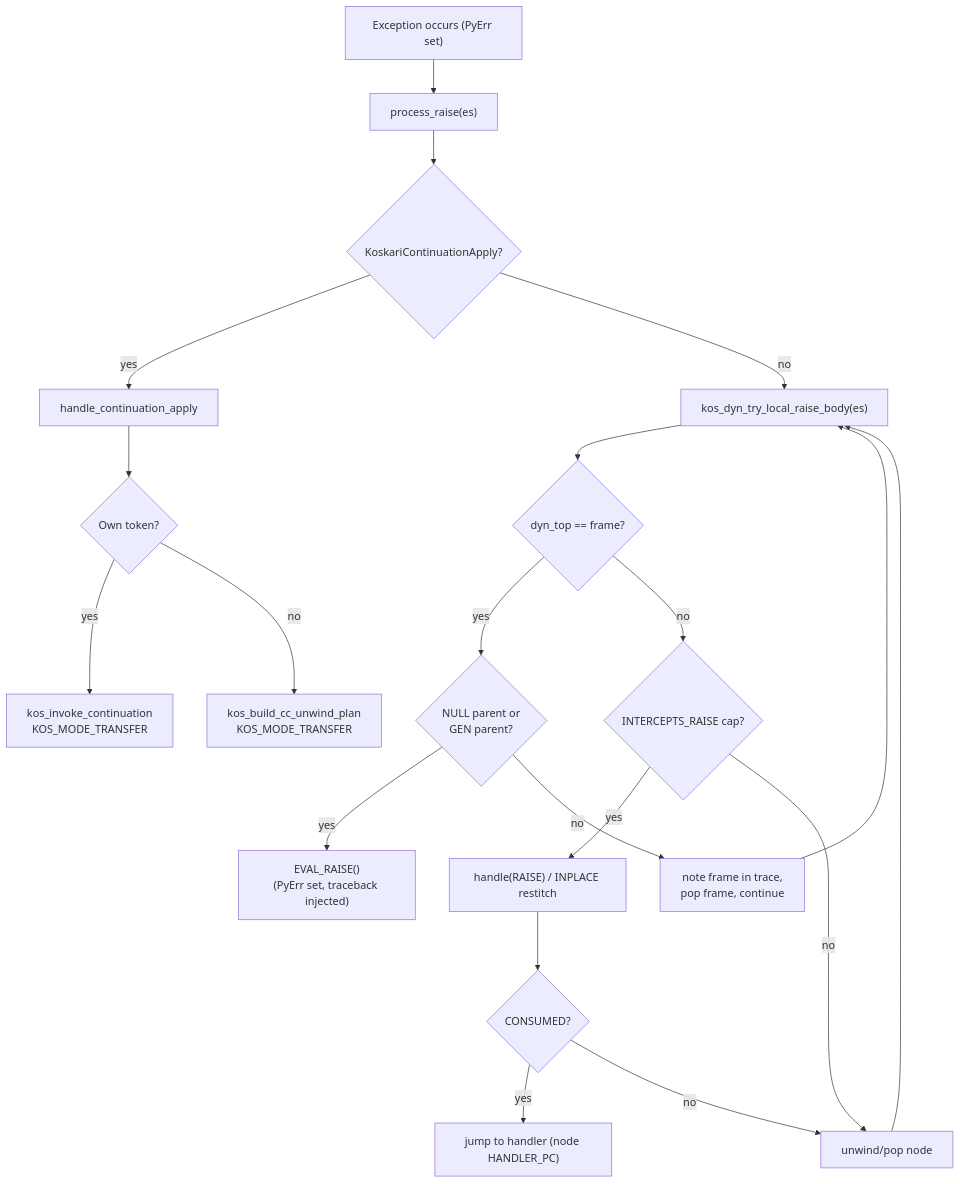
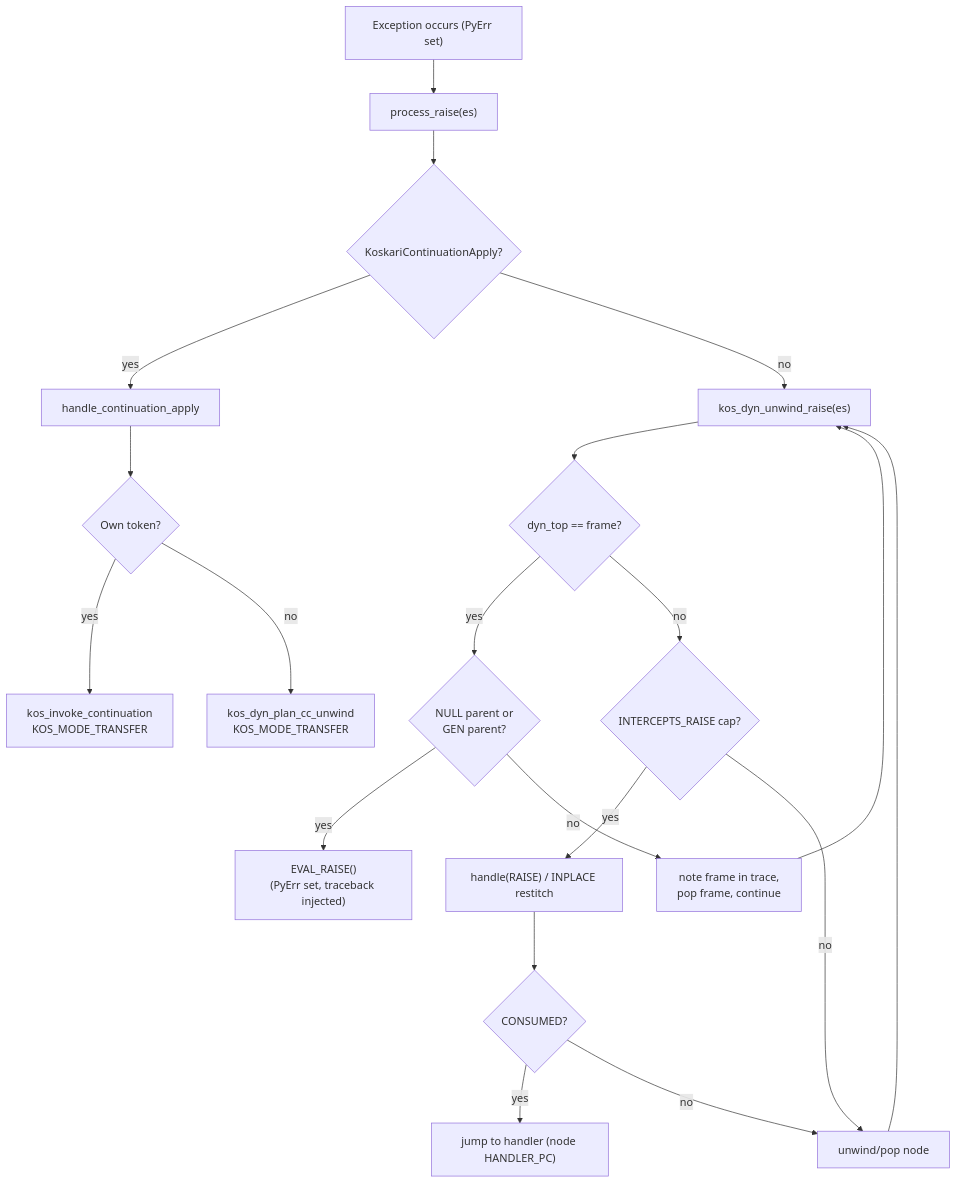
The ninth of 11 diagrams in design/EVALUATOR.md (koskari-lang/koskari), drawn with Mermaid before and after one commit. The commit also changed other lines of this file and 4 other files, not shown here.

````diff
--- a/design/EVALUATOR.md
+++ b/design/EVALUATOR.md
@@ -558,40 +558,40 @@
 ```mermaid
 flowchart TD
     exc["Exception occurs (PyErr set)"]
     process["process_raise(es)"]
     cc_check{"KoskariContinuationApply?"}
     handle_cc["handle_continuation_apply"]
     own{"Own token?"}
     invoke["kos_invoke_continuation<br/>KOS_MODE_TRANSFER"]
-    foreign["kos_build_cc_unwind_plan<br/>KOS_MODE_TRANSFER"]
-    try_local["kos_dyn_try_local_raise_body(es)"]
+    foreign["kos_dyn_plan_cc_unwind<br/>KOS_MODE_TRANSFER"]
+    try_local["kos_dyn_unwind_raise(es)"]
     gate{"INTERCEPTS_RAISE cap?"}
     dispatch["handle(RAISE) / INPLACE restitch"]
     consumed{"CONSUMED?"}
     jump["jump to handler (node HANDLER_PC)"]
     pop["unwind/pop node"]
     frame_edge{"dyn_top == frame?"}
     cross["note frame in trace,<br/>pop frame, continue"]
     exit_edge{"NULL parent or<br/>GEN parent?"}
     no_handler["EVAL_RAISE()<br/>(PyErr set, traceback injected)"]
 
     exc --> process
     process --> cc_check
     cc_check -->|yes| handle_cc
     handle_cc --> own
     own -->|yes| invoke
     own -->|no| foreign
     cc_check -->|no| try_local
     try_local --> frame_edge
     frame_edge -->|yes| exit_edge
     exit_edge -->|yes| no_handler
     exit_edge -->|no| cross
     cross --> try_local
     frame_edge -->|no| gate
     gate -->|yes| dispatch
     dispatch --> consumed
     consumed -->|yes| jump
     consumed -->|no| pop
     gate -->|no| pop
     pop --> try_local
 ```
````
